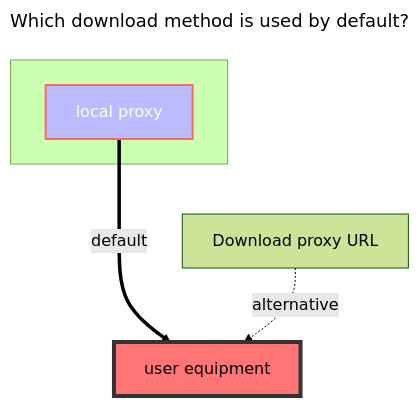
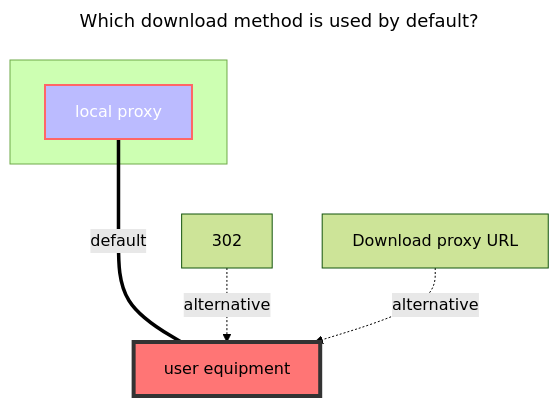
The first of 2 diagrams in pages/guide/drivers/webdav.md (hotlcc/OpenList-Docs), drawn with Mermaid (forest theme) before and after one commit. The commit also changed other lines of this file and 2 other files, not shown here.

Commit message:
docs(webdav): add webdav 302 redirect feature (#286)

````diff
--- a/pages/guide/drivers/webdav.md
+++ b/pages/guide/drivers/webdav.md
@@ -114,16 +165,18 @@
 ```mermaid
 ---
 title: Which download method is used by default?
 ---
 flowchart TB
-    style c1 fill:#bbf,stroke:#f66,stroke-width:2px,color:#fff
+    style a1 fill:#bbf,stroke:#f66,stroke-width:2px,color:#fff
     style a2 fill:#ff7575,stroke:#333,stroke-width:4px
     subgraph ide1 [ ]
-    c1
+    a1
     end
-    c1[local proxy]:::someclass==default===>a2[user equipment]
+    a1[local proxy]:::someclass====|default|a2[user equipment]
     classDef someclass fill:#f96
+    c1[302]-.alternative.->a2[user equipment]
     b1[Download proxy URL]-.alternative.->a2[user equipment]
+    click a1 "../drivers/common.html#webdav-policy"
     click b1 "../drivers/common.html#webdav-policy"
     click c1 "../drivers/common.html#webdav-policy"
 ```
````
